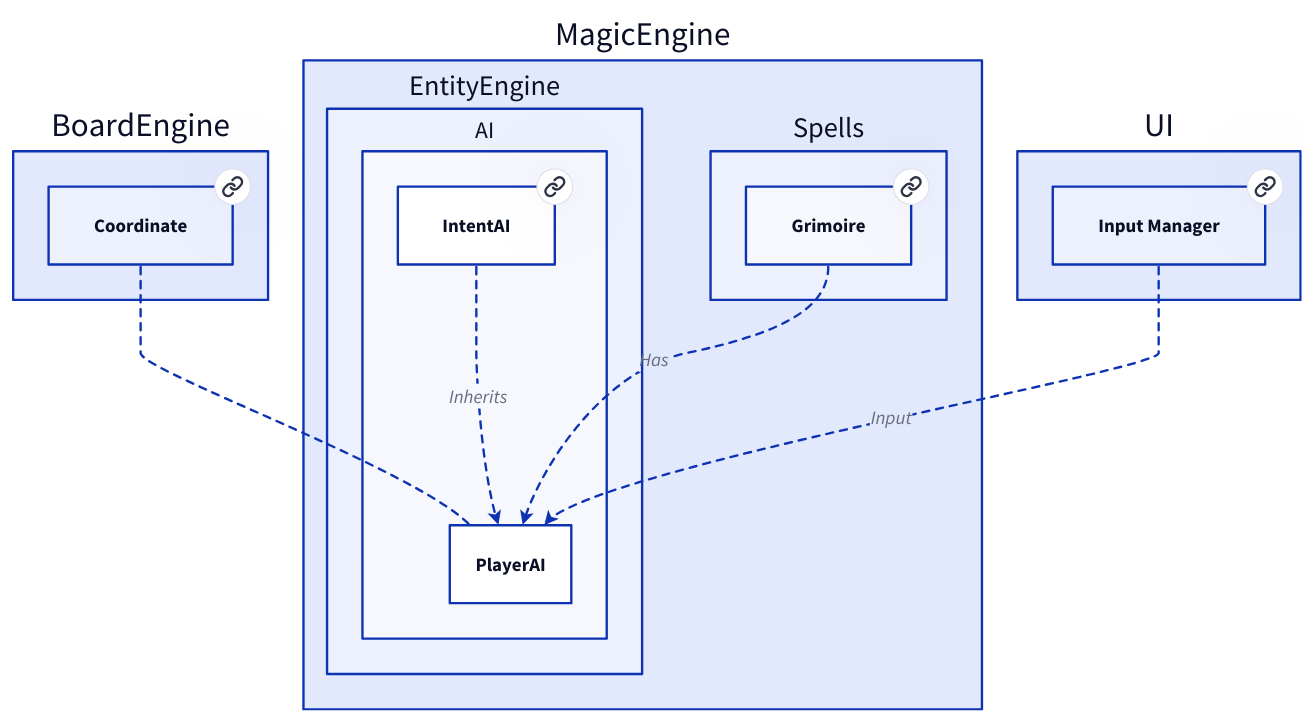
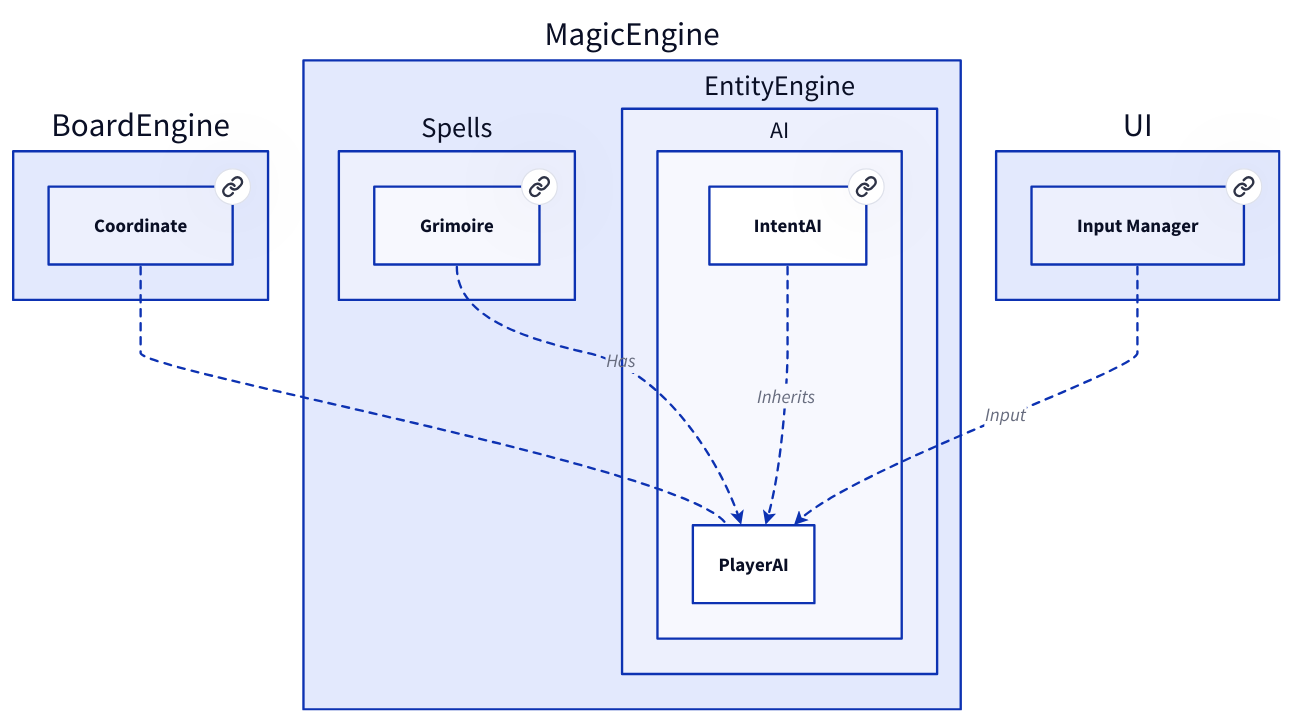
One commit to Portevent/Brume-Documentation changed the diagram in doc/MagicEngine/EntityEngine/AI/PlayerAI.md. Above: the diagram before and after it, drawn with D2. The commit also changed other lines of this file and 128 other files, not shown here.

````diff
--- a/doc/MagicEngine/EntityEngine/AI/PlayerAI.md
+++ b/doc/MagicEngine/EntityEngine/AI/PlayerAI.md
@@ -10,43 +10,43 @@
 ```d2
 # Nodes :
 BoardEngine: {
     Coordinate: Coordinate {
        link: Coordinate
     }
 }
+UI: {
+    InputManager: Input Manager {
+       link: InputManager
+    }
+}
 MagicEngine: {
+    Spells: {
+        Grimoire: Grimoire {
+           link: Grimoire
+        }
+    }
     EntityEngine: {
         AI: {
             IntentAI: IntentAI {
                link: IntentAI
             }
         }
-    }
-    Spells: {
-        Grimoire: Grimoire {
-           link: Grimoire
-        }
-    }
-}
-UI: {
-    InputManager: Input Manager {
-       link: InputManager
     }
 }
 
 # Links :
 BoardEngine.Coordinate -- MagicEngine.EntityEngine.AI.PlayerAI: {style.stroke-dash: 3}
 MagicEngine.EntityEngine.AI.IntentAI -> MagicEngine.EntityEngine.AI.PlayerAI: Inherits {style.stroke-dash: 3
 source-arrowhead: {}
 target-arrowhead: {shape: arrow}
 }
 UI.InputManager -> MagicEngine.EntityEngine.AI.PlayerAI: Input {style.stroke-dash: 3
 source-arrowhead: {}
 target-arrowhead: {shape: arrow}
 }
 MagicEngine.Spells.Grimoire -> MagicEngine.EntityEngine.AI.PlayerAI: Has {style.stroke-dash: 3
 source-arrowhead: {}
 target-arrowhead: {shape: arrow}
 }
 
 ```
````
